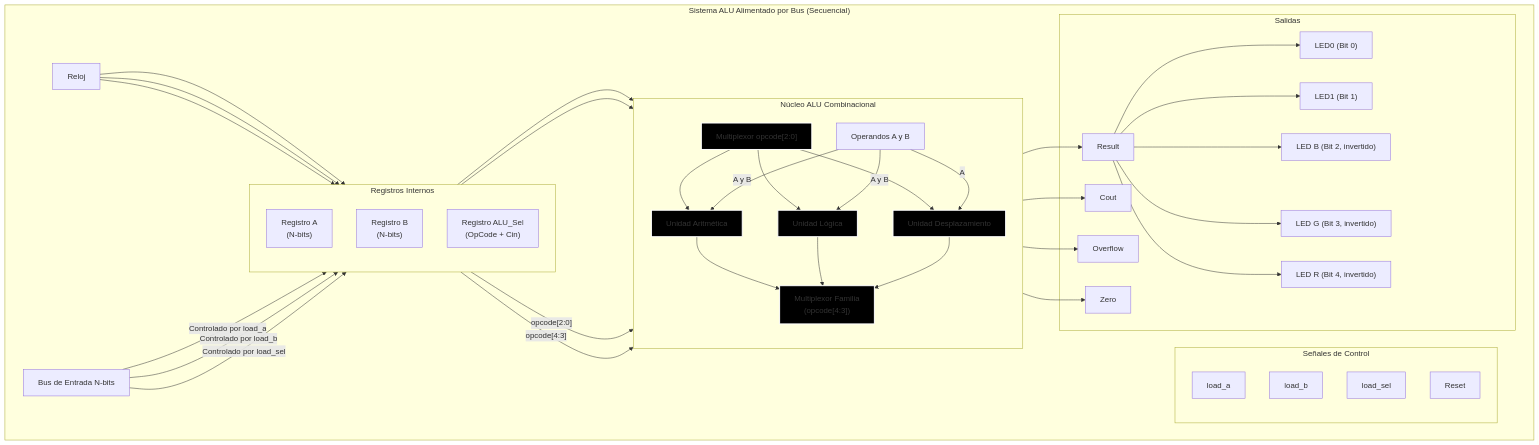
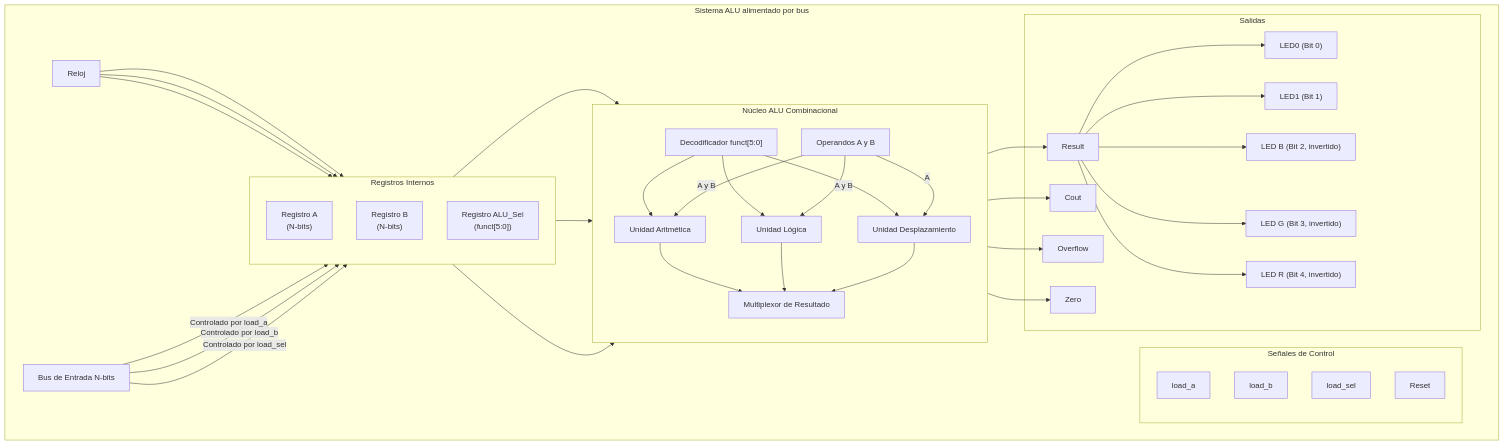
The diagram in doc/MODULE_CONNECTIONS.md (1v6n/ALU_CMODPICO), drawn with Mermaid before and after one commit. The commit also changed other lines of this file and 13 other files, not shown here.

````diff
--- a/doc/MODULE_CONNECTIONS.md
+++ b/doc/MODULE_CONNECTIONS.md
@@ -5,6 +5,6 @@
 ```mermaid
 graph TD
-    subgraph "Sistema ALU Alimentado por Bus (Secuencial)"
+    subgraph "Sistema ALU alimentado por bus"
         direction LR
 
         clk[Reloj]
@@ -22,17 +22,17 @@
             direction TB
             reg_a["Registro A<br/>(N-bits)"]
             reg_b["Registro B<br/>(N-bits)"]
-            reg_sel["Registro ALU_Sel<br/>(OpCode + Cin)"]
+            reg_sel["Registro ALU_Sel<br/>(funct[5:0])"]
         end
         
         subgraph "Núcleo ALU Combinacional"
             direction TB
             operands["Operandos A y B"]
-            mux_op["Multiplexor opcode[2:0]"]
+            decoder["Decodificador funct[5:0]"]
             arith_inst["Unidad Aritmética"]
             logic_inst["Unidad Lógica"]
             shift_inst["Unidad Desplazamiento"]
-            mux_family["Multiplexor Familia<br/>(opcode[4:3])"]
+            result_mux["Multiplexor de Resultado"]
         end
 
         subgraph "Salidas"
@@ -58,35 +58,28 @@
         reg_a --> operands
         reg_b --> operands
 
-        reg_sel -- "opcode[2:0]" --> mux_op
-        mux_op --> arith_inst
-        mux_op --> logic_inst
-        mux_op --> shift_inst
+        reg_sel --> decoder
 
-        reg_sel -- "opcode[4:3]" --> mux_family
+        decoder --> arith_inst
+        decoder --> logic_inst
+        decoder --> shift_inst
 
         operands -- "A y B" --> arith_inst
         operands -- "A y B" --> logic_inst
         operands -- "A" --> shift_inst
 
-        arith_inst --> mux_family
-        logic_inst --> mux_family
-        shift_inst --> mux_family
+        arith_inst --> result_mux
+        logic_inst --> result_mux
+        shift_inst --> result_mux
 
-        mux_family --> Result
+        result_mux --> Result
         arith_inst --> Cout
         arith_inst --> Overflow
-        mux_family --> Zero
+        result_mux --> Zero
         Result --> LED0
         Result --> LED1
         Result --> LED_B_n
         Result --> LED_G_n
         Result --> LED_R_n
     end
-
-    style arith_inst fill:#000,stroke:#fff,stroke-width:2px
-    style logic_inst fill:#000,stroke:#fff,stroke-width:2px
-    style shift_inst fill:#000,stroke:#fff,stroke-width:2px
-    style mux_family fill:#000,stroke:#fff,stroke-width:2px
-    style mux_op fill:#000,stroke:#fff,stroke-width:2px
 ```
````
